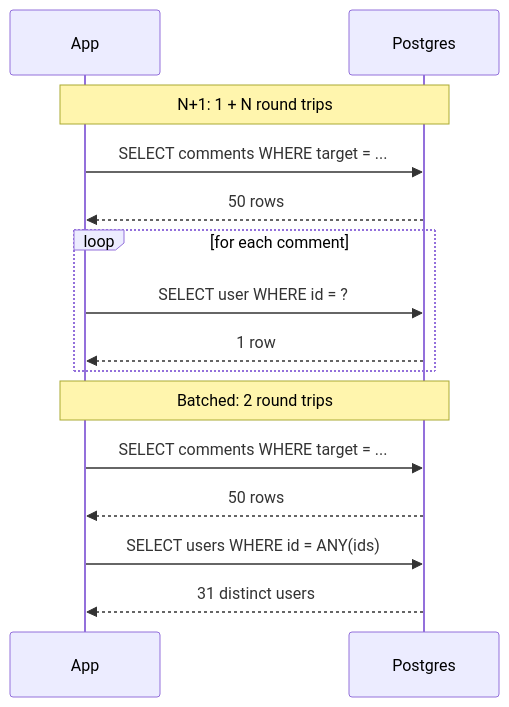
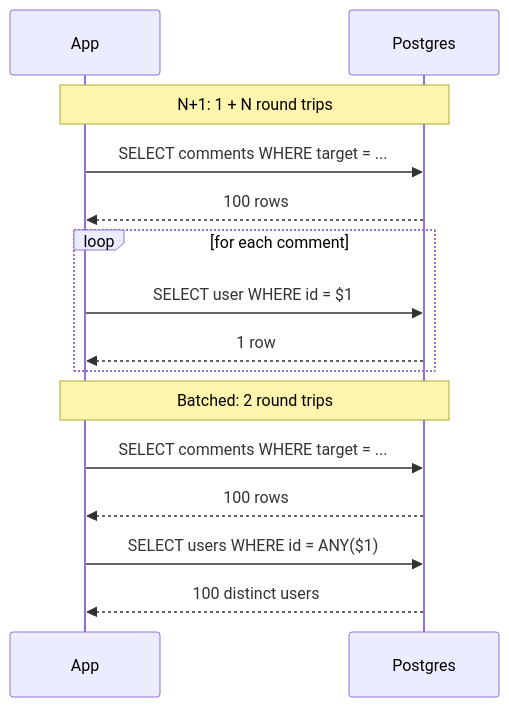
One commit to thull32/ascend changed the diagram in content/tracks/07-databases/04-data-modeling-and-evolution/03-orms-and-n-plus-one.md. Above: the diagram before and after it, drawn with Mermaid. The commit also changed other lines of this file and 23 other files, not shown here.

````diff
--- a/content/tracks/07-databases/04-data-modeling-and-evolution/03-orms-and-n-plus-one.md
+++ b/content/tracks/07-databases/04-data-modeling-and-evolution/03-orms-and-n-plus-one.md
@@ -48,17 +66,17 @@
 ```mermaid
 sequenceDiagram
     participant App
     participant DB as Postgres
     Note over App,DB: N+1: 1 + N round trips
     App->>DB: SELECT comments WHERE target = ...
-    DB-->>App: 50 rows
+    DB-->>App: 100 rows
     loop for each comment
-        App->>DB: SELECT user WHERE id = ?
+        App->>DB: SELECT user WHERE id = $1
         DB-->>App: 1 row
     end
     Note over App,DB: Batched: 2 round trips
     App->>DB: SELECT comments WHERE target = ...
-    DB-->>App: 50 rows
-    App->>DB: SELECT users WHERE id = ANY(ids)
-    DB-->>App: 31 distinct users
+    DB-->>App: 100 rows
+    App->>DB: SELECT users WHERE id = ANY($1)
+    DB-->>App: 100 distinct users
 ```
````
